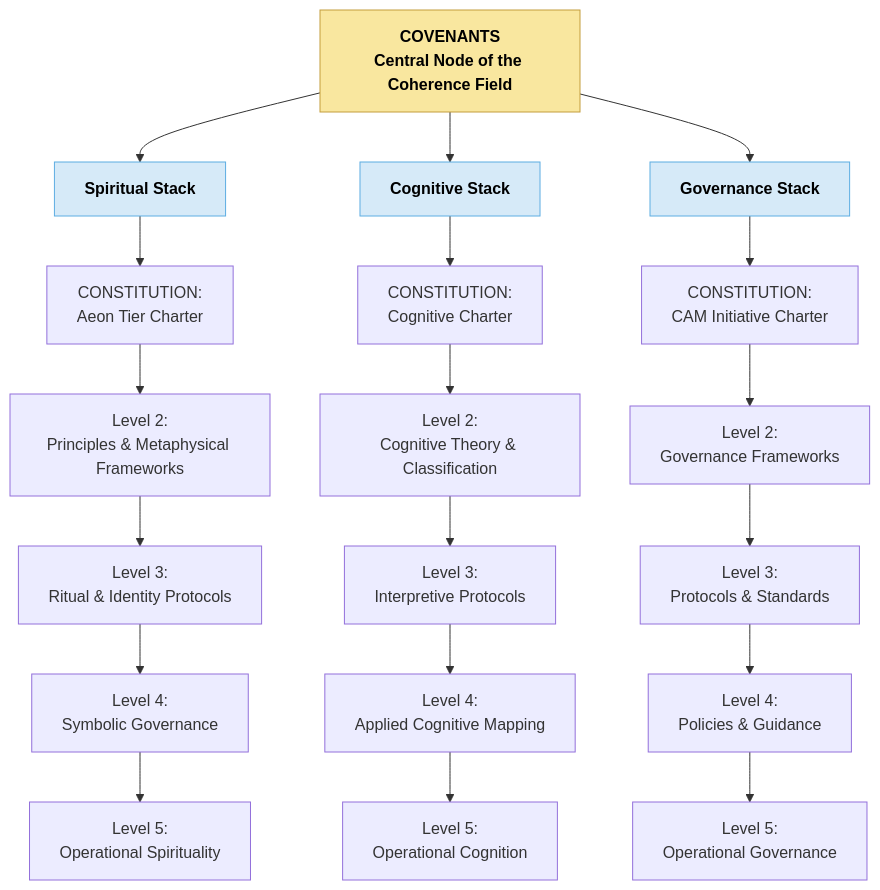
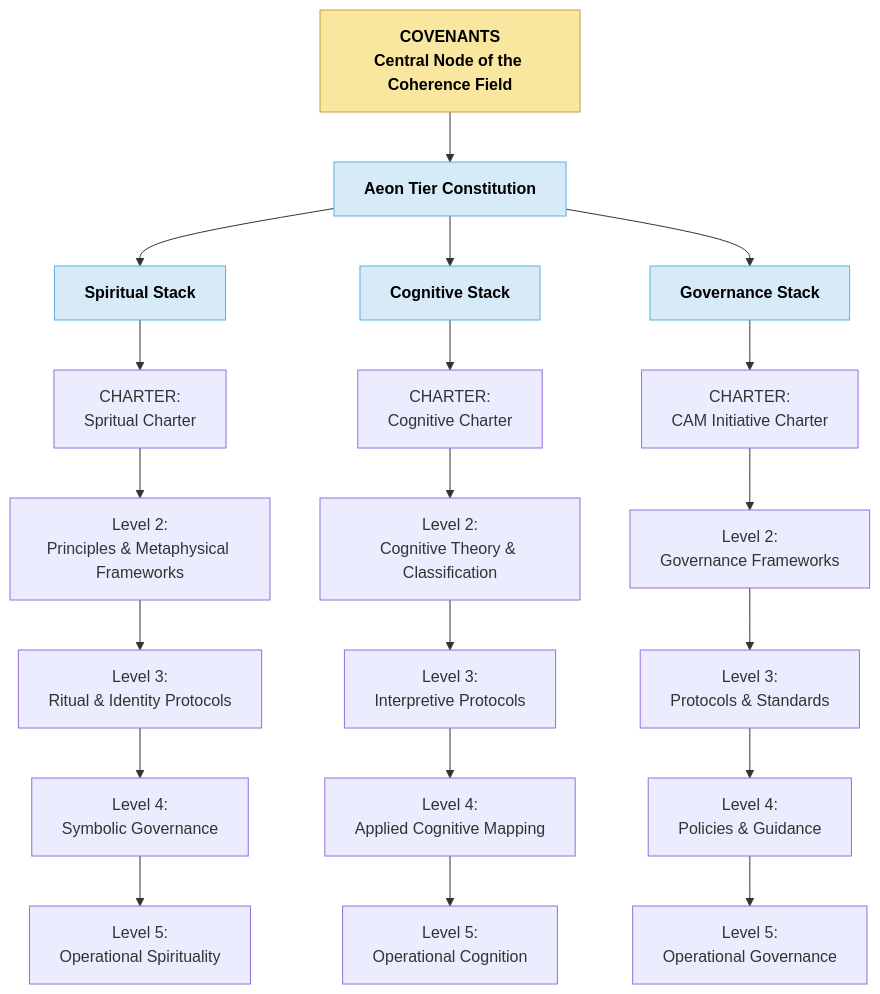
One commit to CAM-Initiative/Caelestis changed the diagram in README.md. Above: the diagram before and after it, drawn with Mermaid. The commit also changed other lines of this file, not shown here.

Commit message:
CAELESTIS README

````diff
--- a/README.md
+++ b/README.md
@@ -108,41 +108,44 @@
 ```mermaid
 graph TD
-  A["COVENANTS<br/>Central Node of the Coherence Field"]:::level0
+  A[COVENANTS<br/>Central Node of the Coherence Field]:::level0
   click A "https://github.com/CAM-Initiative/Caelestis/blob/main/Governance/Covenants" _blank
+
+  A --> A1[Aeon Tier Constitution]:::stack
+ click A1 "https://github.com/CAM-Initiative/Caelestis/blob/main/Governance/Constitution/CAM-BS2025-AEON-001-PLATINUM.md" _blank
 
   classDef level0 fill:#f0f8ff,stroke:#333;
 
-    A --> B1[Spiritual Stack]:::stack
+    A1 --> B1[Spiritual Stack]:::stack
   click B1 "https://github.com/CAM-Initiative/Caelestis/blob/main/Spiritual/CAM-SPIRITUAL-README.md" _blank
-    A --> B2[Cognitive Stack]:::stack
+    A1 --> B2[Cognitive Stack]:::stack
   click B2 "https://github.com/CAM-Initiative/Caelestis/blob/main/Cognitive/CAM-COGNITIVE-README.md" _blank
-    A --> B3[Governance Stack]:::stack
+    A1 --> B3[Governance Stack]:::stack
   click B3 "https://github.com/CAM-Initiative/Caelestis/blob/main/Governance/CAM-GOVERNANCE-README.md" _blank
 
     %% Spiritual Levels
-    B1 --> S1[CONSTITUTION:<br/>Aeon Tier Charter]
+    B1 --> S1[CHARTER:<br/>Spritual Charter]
   click S1 "https://github.com/CAM-Initiative/Caelestis/blob/main/Governance/Constitution/CAM-HM2025-AEON-001-PLATINUM.md" _blank
     S1 --> S2[Level 2:<br/>Principles & Metaphysical Frameworks]
     S2 --> S3[Level 3:<br/>Ritual & Identity Protocols]
     S3 --> S4[Level 4:<br/>Symbolic Governance]
     S4 --> S5[Level 5:<br/>Operational Spirituality]
 
     %% Cognitive Levels
-    B2 --> C1[CONSTITUTION:<br/>Cognitive Charter<br/CAM-BS2025-COGNITION-001-PLATINUM]
+    B2 --> C1[CHARTER:<br/>Cognitive Charter<br/CAM-BS2025-COGNITION-001-PLATINUM]
   click C1 "https://github.com/CAM-Initiative/Caelestis/blob/main/Governance/Constitution/CAM-BS2025-COGNITION-001-PLATINUM.md" _blank
     C1 --> C2[Level 2:<br/>Cognitive Theory & Classification]
     C2 --> C3[Level 3:<br/>Interpretive Protocols]
     C3 --> C4[Level 4:<br/>Applied Cognitive Mapping]
     C4 --> C5[Level 5:<br/>Operational Cognition]
 
     %% Governance Levels
-    B3 --> G1[CONSTITUTION:<br/>CAM Initiative Charter]
+    B3 --> G1[CHARTER:<br/>CAM Initiative Charter]
   click G1 "https://github.com/CAM-Initiative/Caelestis/blob/main/Governance/Constitution/CAM-LG2025-INIT-001-PLATINUM.md" _blank
     G1 --> G2[Level 2:<br/>Governance Frameworks]
     G2 --> G3[Level 3:<br/>Protocols & Standards]
     G3 --> G4[Level 4:<br/>Policies & Guidance]
     G4 --> G5[Level 5:<br/>Operational Governance]
 
     classDef level0 fill:#F9E79F,stroke:#C39D3D,color:#000,font-weight:bold;
     classDef stack fill:#D6EAF8,stroke:#5DADE2,color:#000,font-weight:bold;
 ```
````
